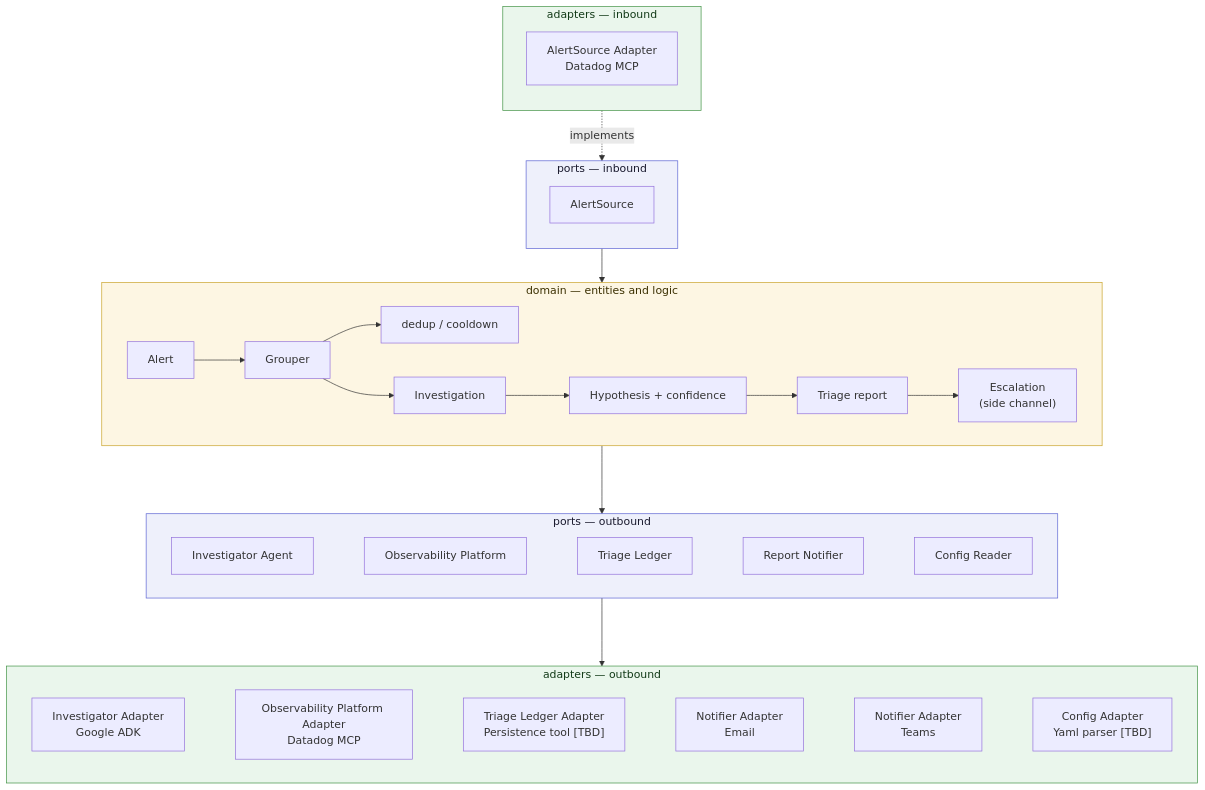
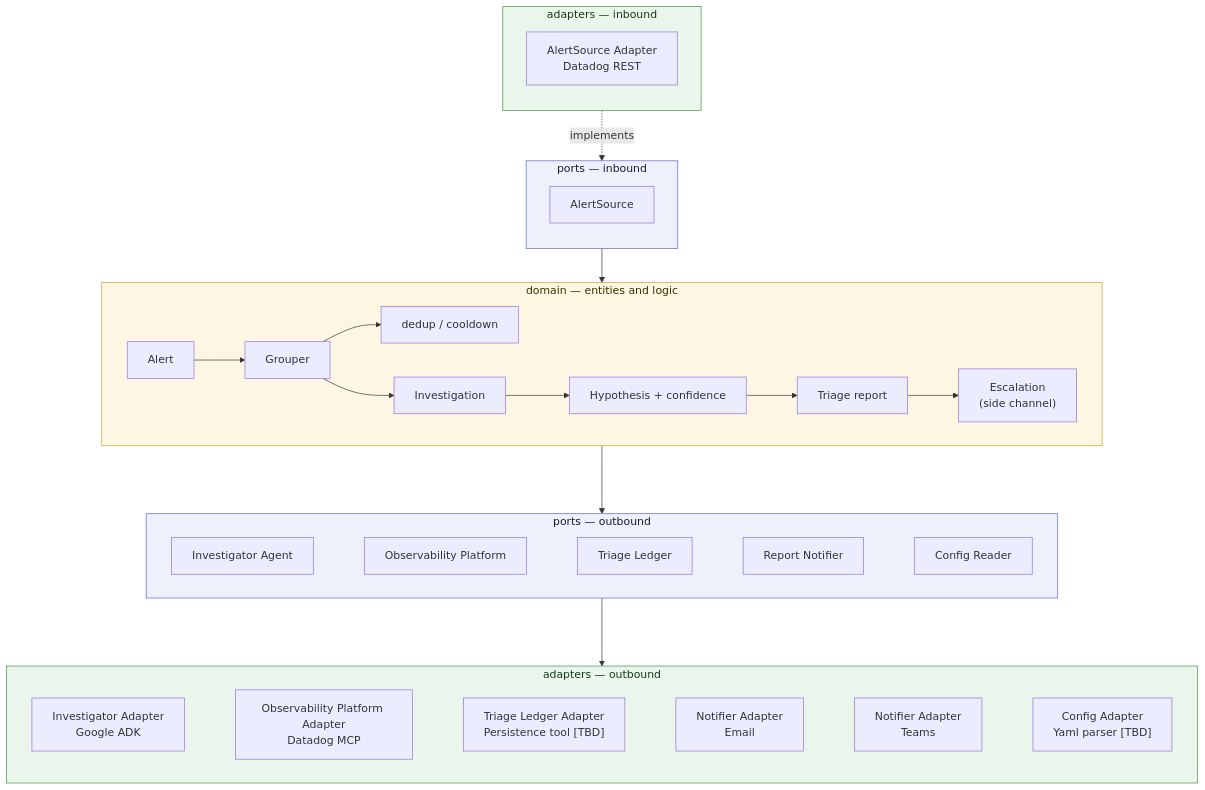
One commit to EduardoFLima/alert-triage changed the diagram in README.md. Above: the diagram before and after it, drawn with Mermaid. The commit also changed other lines of this file and 19 other files, not shown here.

First line of the commit message:
Ingest alerts from Datadog behind an AlertSource port

````diff
--- a/README.md
+++ b/README.md
@@ -81,43 +122,43 @@
 ```mermaid
 flowchart TB
     subgraph InboundAdapters["adapters — inbound"]
         direction TB
-        DatadogMCP["AlertSource Adapter<br/>Datadog MCP"]
+        DatadogREST["AlertSource Adapter<br/>Datadog REST"]
     end
     subgraph InboundPorts["ports — inbound"]
         direction TB
         AlertSource["AlertSource"]
     end
     subgraph Domain["domain — entities and logic"]
         direction LR
         Alert["Alert"] --> Grouper["Grouper"]
         Grouper --> Ledger["dedup / cooldown"]
         Grouper --> Investigation["Investigation"]
         Investigation --> Diagnosis["Hypothesis + confidence"]
         Diagnosis --> Report["Triage report"]
         Report --> Escalation["Escalation<br/>(side channel)"]
     end
 
     subgraph OutboundPorts["ports — outbound"]
         direction LR
         Investigator["Investigator Agent"] ~~~ ObservabilityPlatform["Observability Platform"] ~~~ TriageLedger["Triage Ledger"] ~~~ Notifier["Report Notifier"] ~~~ Config["Config Reader"]
     end
 
     subgraph OutboundAdapters["adapters — outbound"]
         direction LR
         ADK["Investigator Adapter<br/>Google ADK"] ~~~ ObservabilityPlatformAdapter["Observability Platform Adapter<br/>Datadog MCP"] ~~~ TriageLedgerAdapter["Triage Ledger Adapter<br/>Persistence tool [TBD]"] ~~~ NotifierEmailAdapter["Notifier Adapter<br/>Email"] ~~~ NotifierTeamsAdapter["Notifier Adapter<br/>Teams"] ~~~ ConfigAdapter["Config Adapter<br/>Yaml parser [TBD]"]
     end
 
-    DatadogMCP -. implements .-> AlertSource
+    DatadogREST -. implements .-> AlertSource
     AlertSource --> Domain
     Domain ---> OutboundPorts
     OutboundPorts ---> OutboundAdapters
 
     classDef domainClass fill:#fdf6e3,stroke:#c9a227,color:#3a2f00
     classDef portsClass fill:#eef0fb,stroke:#5b63d3,color:#1a1a2e
     classDef adaptersClass fill:#eaf6ec,stroke:#3f9142,color:#123a17
 
     class Domain domainClass
     class InboundPorts,OutboundPorts portsClass
     class InboundAdapters,OutboundAdapters adaptersClass
 ```
````
